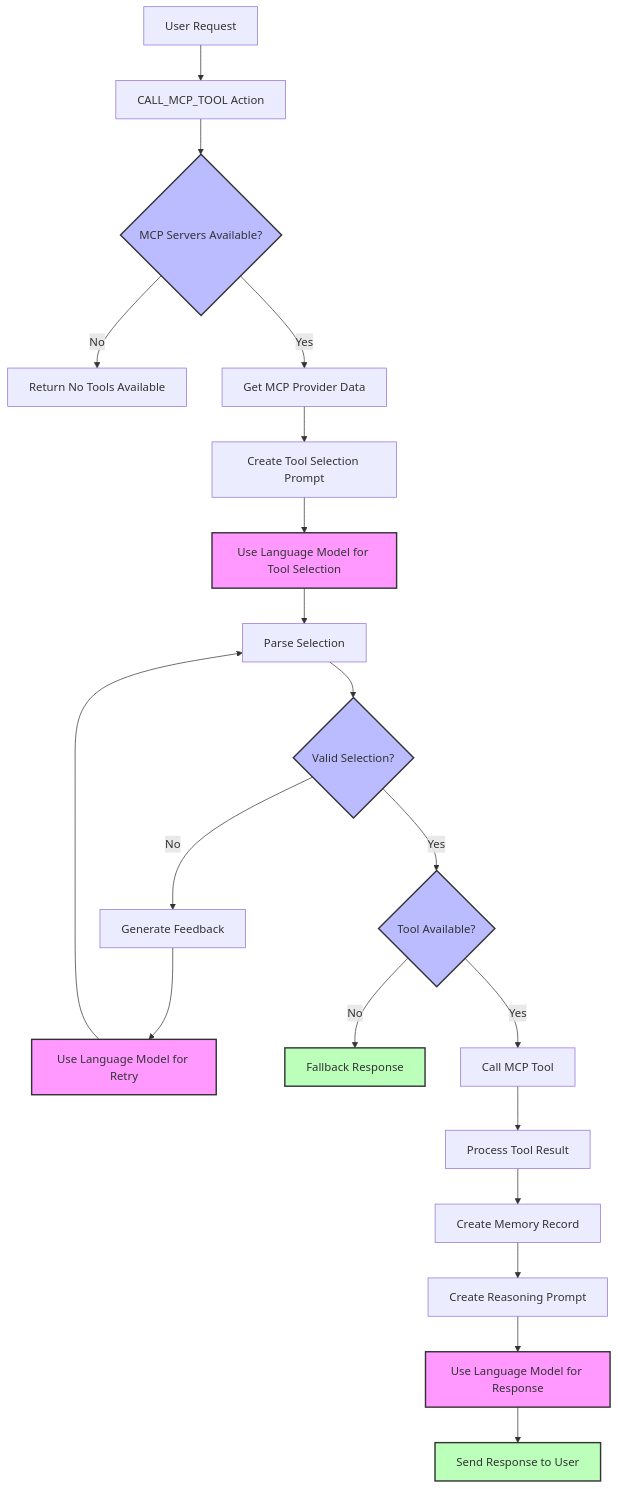
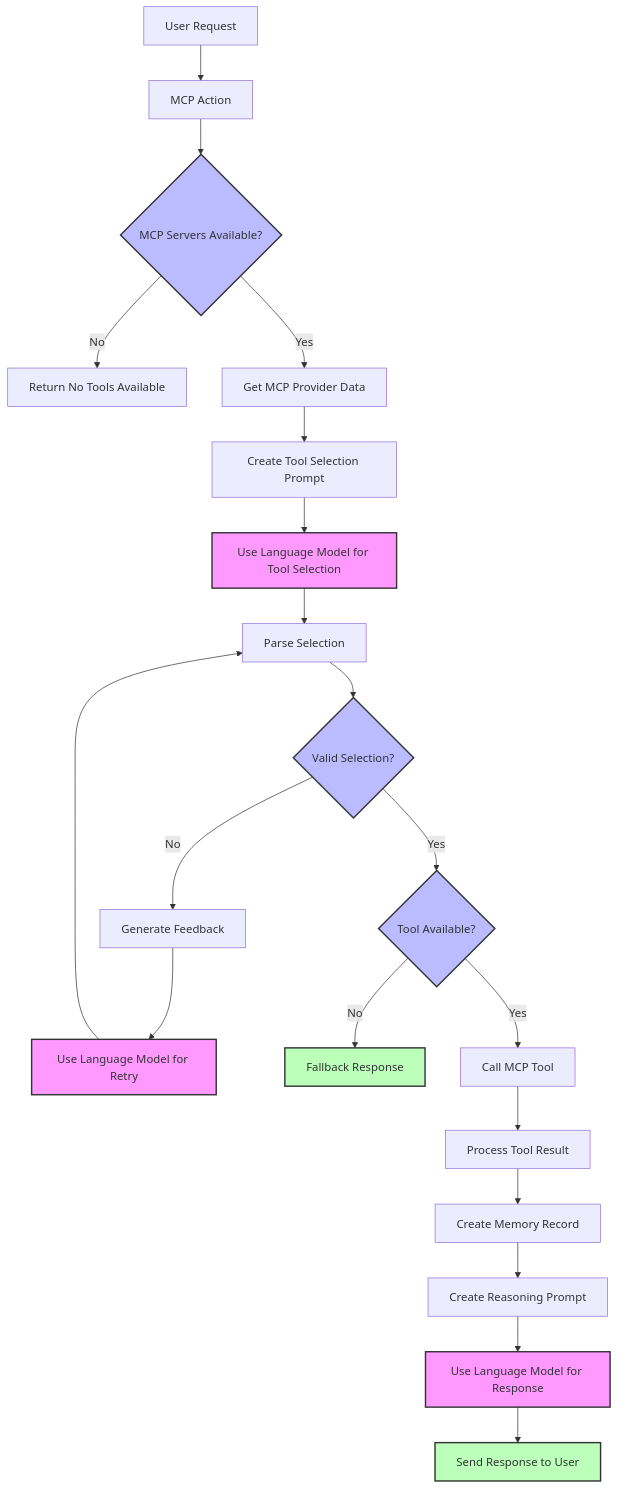
One commit to elizaOS/eliza changed the diagram in plugins/plugin-mcp/README.md. Above: the diagram before and after it, drawn with Mermaid. The commit also changed other lines of this file and 361 other files, not shown here.

````diff
--- a/plugins/plugin-mcp/README.md
+++ b/plugins/plugin-mcp/README.md
@@ -142,48 +141,48 @@
 ```mermaid
 graph TD
     %% Starting point - User request
-    start[User Request] --> action[CALL_MCP_TOOL Action]
+    start[User Request] --> action[MCP Action]
 
     %% MCP Server Validation
     action --> check{MCP Servers Available?}
     check -->|No| fail[Return No Tools Available]
 
     %% Tool Selection Flow
     check -->|Yes| state[Get MCP Provider Data]
     state --> prompt[Create Tool Selection Prompt]
 
     %% First Model Use - Tool Selection
     prompt --> model1[Use Language Model for Tool Selection]
     model1 --> parse[Parse Selection]
     parse --> retry{Valid Selection?}
 
     %% Second Model Use - Retry Selection
     retry -->|No| feedback[Generate Feedback]
     feedback --> model2[Use Language Model for Retry]
     model2 --> parse
 
     %% Tool Selection Result
     retry -->|Yes| toolAvailable{Tool Available?}
     toolAvailable -->|No| fallback[Fallback Response]
 
     %% Tool Execution Flow
     toolAvailable -->|Yes| callTool[Call MCP Tool]
     callTool --> processResult[Process Tool Result]
 
     %% Memory Creation
     processResult --> createMemory[Create Memory Record]
     createMemory --> reasoningPrompt[Create Reasoning Prompt]
 
     %% Third Model Use - Response Generation
     reasoningPrompt --> model3[Use Language Model for Response]
     model3 --> respondToUser[Send Response to User]
 
     %% Styling
     classDef model fill:#f9f,stroke:#333,stroke-width:2px;
     classDef decision fill:#bbf,stroke:#333,stroke-width:2px;
     classDef output fill:#bfb,stroke:#333,stroke-width:2px;
 
     class model1,model2,model3 model;
     class check,retry,toolAvailable decision;
     class respondToUser,fallback output;
 ```
````
